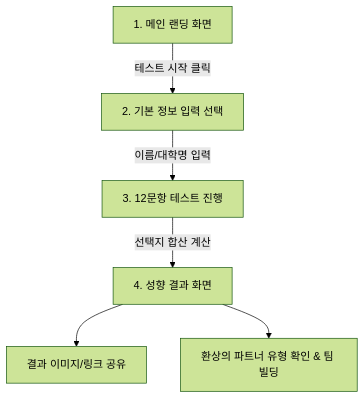
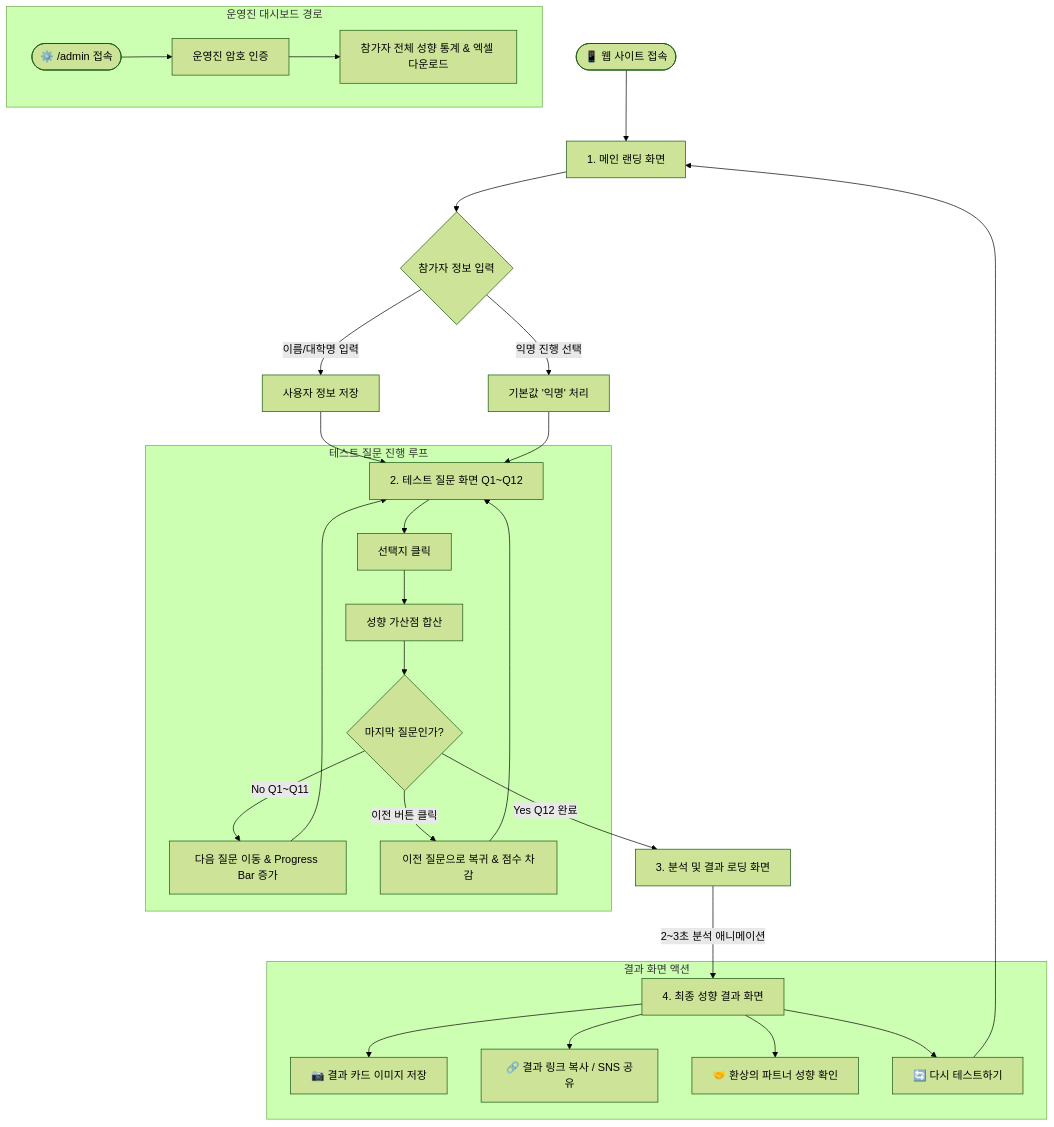
One commit to hanguojindaoyu000510-lab/holymoly changed the diagram in prd.md. Above: the diagram before and after it, drawn with Mermaid (forest theme). The commit also changed other lines of this file, not shown here.

Commit message:
docs: add detailed screen flow and Mermaid flowchart to PRD

````diff
--- a/prd.md
+++ b/prd.md
@@ -25,8 +27,40 @@
 ```mermaid
-graph TD
-    A[1. 메인 랜딩 화면] -->|테스트 시작 클릭| B[2. 기본 정보 입력 선택]
-    B -->|이름/대학명 입력| C[3. 12문항 테스트 진행]
-    C -->|선택지 합산 계산| D[4. 성향 결과 화면]
-    D --> E[결과 이미지/링크 공유]
-    D --> F[환상의 파트너 유형 확인 & 팀 빌딩]
+flowchart TD
+    %% 노드 정의
+    Start([📱 웹 사이트 접속]) --> Screen1[1. 메인 랜딩 화면]
+    
+    Screen1 --> StepInfoInput{참가자 정보 입력}
+    StepInfoInput -->|이름/대학명 입력| SaveInfo[사용자 정보 저장]
+    StepInfoInput -->|익명 진행 선택| Anonymous[기본값 '익명' 처리]
+    
+    SaveInfo --> Screen2[2. 테스트 질문 화면 Q1~Q12]
+    Anonymous --> Screen2
+    
+    subgraph TestLoop [테스트 질문 진행 루프]
+        Screen2 --> SelectAnswer[선택지 클릭]
+        SelectAnswer --> AddScore[성향 가산점 합산]
+        AddScore --> CheckNext{마지막 질문인가?}
+        CheckNext -->|No Q1~Q11| NextQuestion[다음 질문 이동 & Progress Bar 증가]
+        NextQuestion --> Screen2
+        CheckNext -->|이전 버튼 클릭| PrevQuestion[이전 질문으로 복귀 & 점수 차감]
+        PrevQuestion --> Screen2
+    end
+
+    CheckNext -->|Yes Q12 완료| Screen3[3. 분석 및 결과 로딩 화면]
+    
+    Screen3 -->|2~3초 분석 애니메이션| Screen4[4. 최종 성향 결과 화면]
+
+    subgraph ResultActions [결과 화면 액션]
+        Screen4 --> Action1[📷 결과 카드 이미지 저장]
+        Screen4 --> Action2[🔗 결과 링크 복사 / SNS 공유]
+        Screen4 --> Action3[🤝 환상의 파트너 성향 확인]
+        Screen4 --> Action4[🔄 다시 테스트하기]
+    end
+
+    Action4 --> Screen1
+
+    subgraph AdminFlow [운영진 대시보드 경로]
+        AdminStart([⚙️ /admin 접속]) --> AdminLogin[운영진 암호 인증]
+        AdminLogin --> AdminDash[참가자 전체 성향 통계 & 엑셀 다운로드]
+    end
 ```
````
